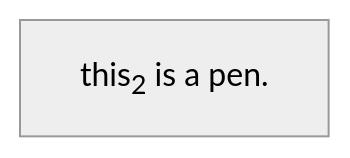
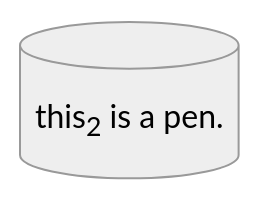
One commit to yamato97/science changed the diagram in grand_canonical.md. Above: the diagram before and after it, drawn with Mermaid (neutral theme).

````diff
--- a/grand_canonical.md
+++ b/grand_canonical.md
@@ -9,4 +9,4 @@
 ```mermaid
 graph LR
-Node["this<sub>2</sub> is a pen."]
+NodeIdName[("this<sub>2</sub> is a pen.")]
 ```
````
